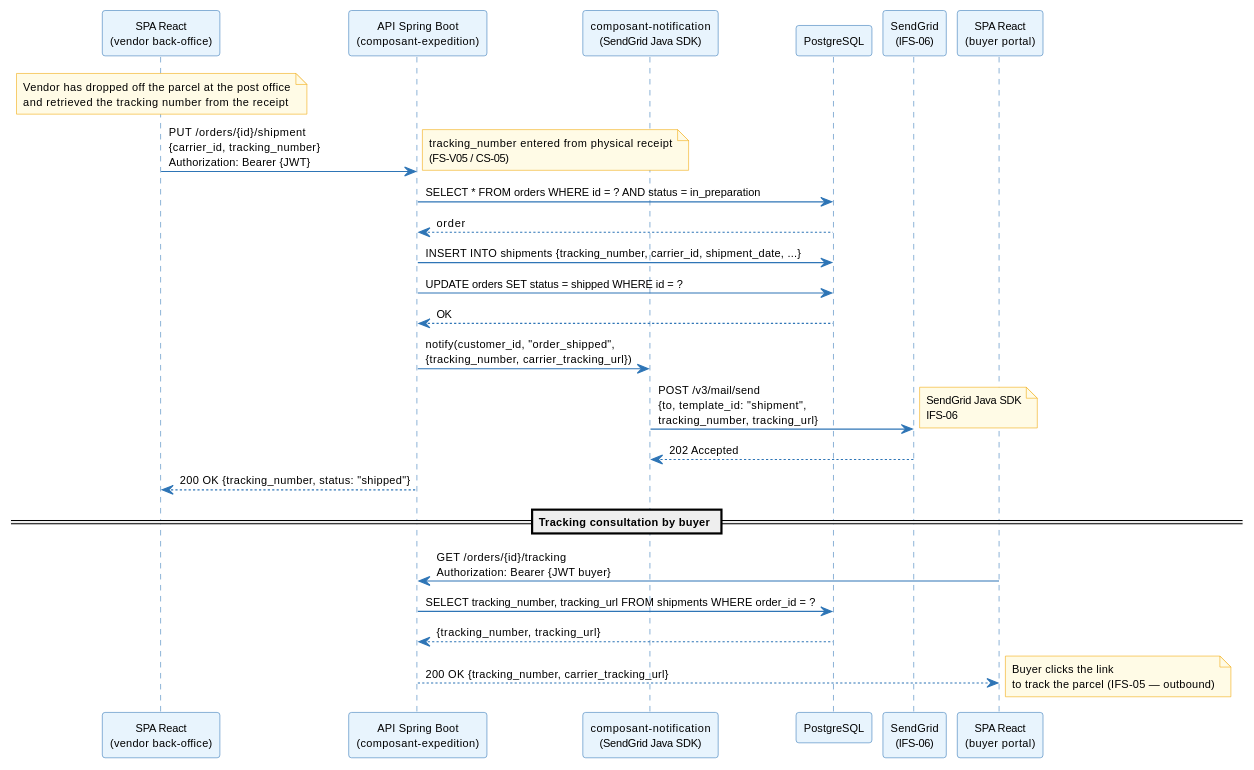
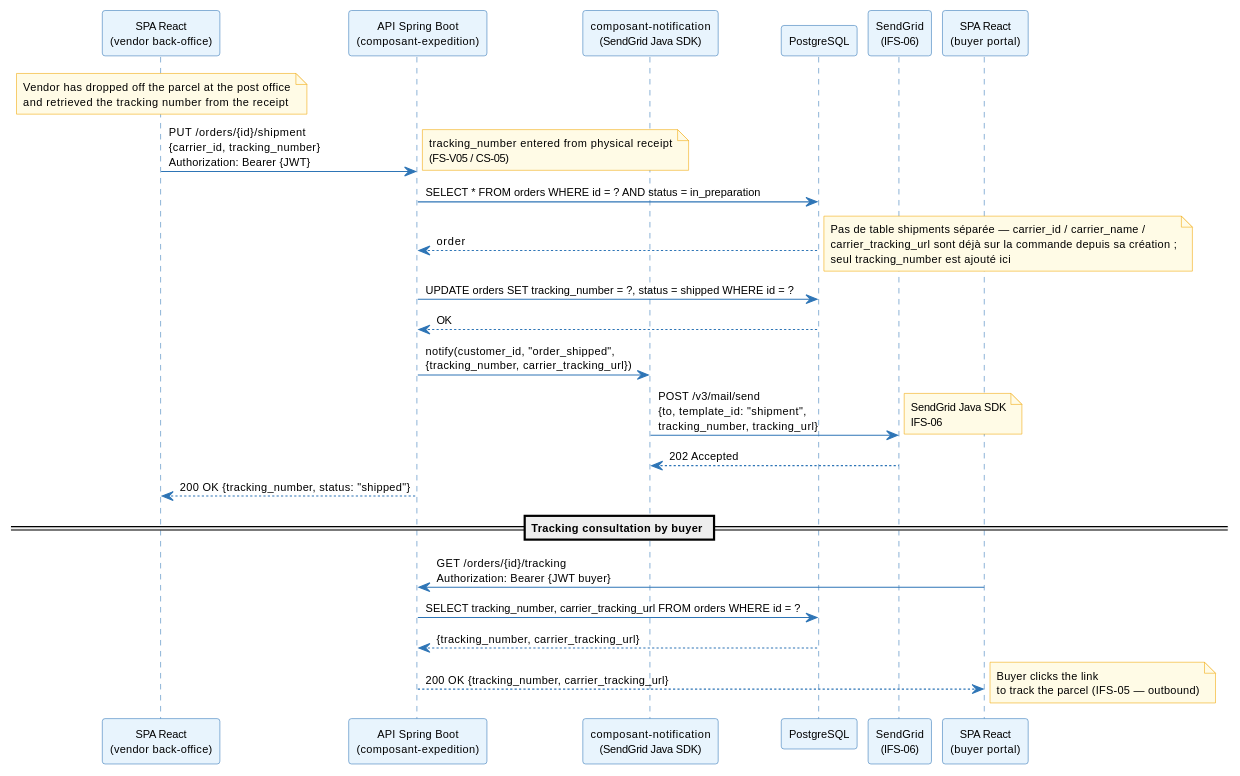
The sixth of 50 diagrams in architecture/04-physical-architecture/pa.adoc (louistalvande/online_shop), drawn with PlantUML before and after one commit. The commit also changed other lines of this file, not shown here.

First line of the commit message:
architecture: pa.adoc — session-expiry (CPA-18) + fix stale data model

```diff
--- a/architecture/04-physical-architecture/pa.adoc
+++ b/architecture/04-physical-architecture/pa.adoc
@@ -406,43 +403,43 @@
 [plantuml, pa-sequence-expedition, svg]
 ----
 skinparam sequenceArrowColor #2E75B6
 skinparam sequenceParticipantBackgroundColor #E8F4FD
 skinparam sequenceParticipantBorderColor #2E75B6
 skinparam sequenceLifeLineBorderColor #2E75B6
 skinparam noteBorderColor #F0A500
 skinparam noteBackgroundColor #FFFBE6
 skinparam defaultFontSize 10
 
 participant "SPA React\n(vendor back-office)" as SPA
 participant "API Spring Boot\n(composant-expedition)" as API
 participant "composant-notification\n(SendGrid Java SDK)" as NotifMod
 participant "PostgreSQL" as PG
 participant "SendGrid\n(IFS-06)" as Mail
 
 note over SPA : Vendor has dropped off the parcel at the post office\nand retrieved the tracking number from the receipt
 
 SPA -> API : PUT /orders/{id}/shipment\n{carrier_id, tracking_number}\nAuthorization: Bearer {JWT}
 note right : tracking_number entered from physical receipt\n(FS-V05 / CS-05)
 
 API -> PG : SELECT * FROM orders WHERE id = ? AND status = in_preparation
 PG --> API : order
 
-API -> PG : INSERT INTO shipments {tracking_number, carrier_id, shipment_date, ...}
-API -> PG : UPDATE orders SET status = shipped WHERE id = ?
+note right : Pas de table shipments séparée — carrier_id / carrier_name /\ncarrier_tracking_url sont déjà sur la commande depuis sa création ;\nseul tracking_number est ajouté ici
+API -> PG : UPDATE orders SET tracking_number = ?, status = shipped WHERE id = ?
 PG --> API : OK
 
 API -> NotifMod : notify(customer_id, "order_shipped",\n{tracking_number, carrier_tracking_url})
 NotifMod -> Mail : POST /v3/mail/send\n{to, template_id: "shipment",\ntracking_number, tracking_url}
 note right : SendGrid Java SDK\nIFS-06
 Mail --> NotifMod : 202 Accepted
 
 API --> SPA : 200 OK {tracking_number, status: "shipped"}
 
 == Tracking consultation by buyer ==
 participant "SPA React\n(buyer portal)" as SPABuyer
 SPABuyer -> API : GET /orders/{id}/tracking\nAuthorization: Bearer {JWT buyer}
-API -> PG : SELECT tracking_number, tracking_url FROM shipments WHERE order_id = ?
-PG --> API : {tracking_number, tracking_url}
+API -> PG : SELECT tracking_number, carrier_tracking_url FROM orders WHERE id = ?
+PG --> API : {tracking_number, carrier_tracking_url}
 API --> SPABuyer : 200 OK {tracking_number, carrier_tracking_url}
 note right : Buyer clicks the link\nto track the parcel (IFS-05 — outbound)
 ----
```
